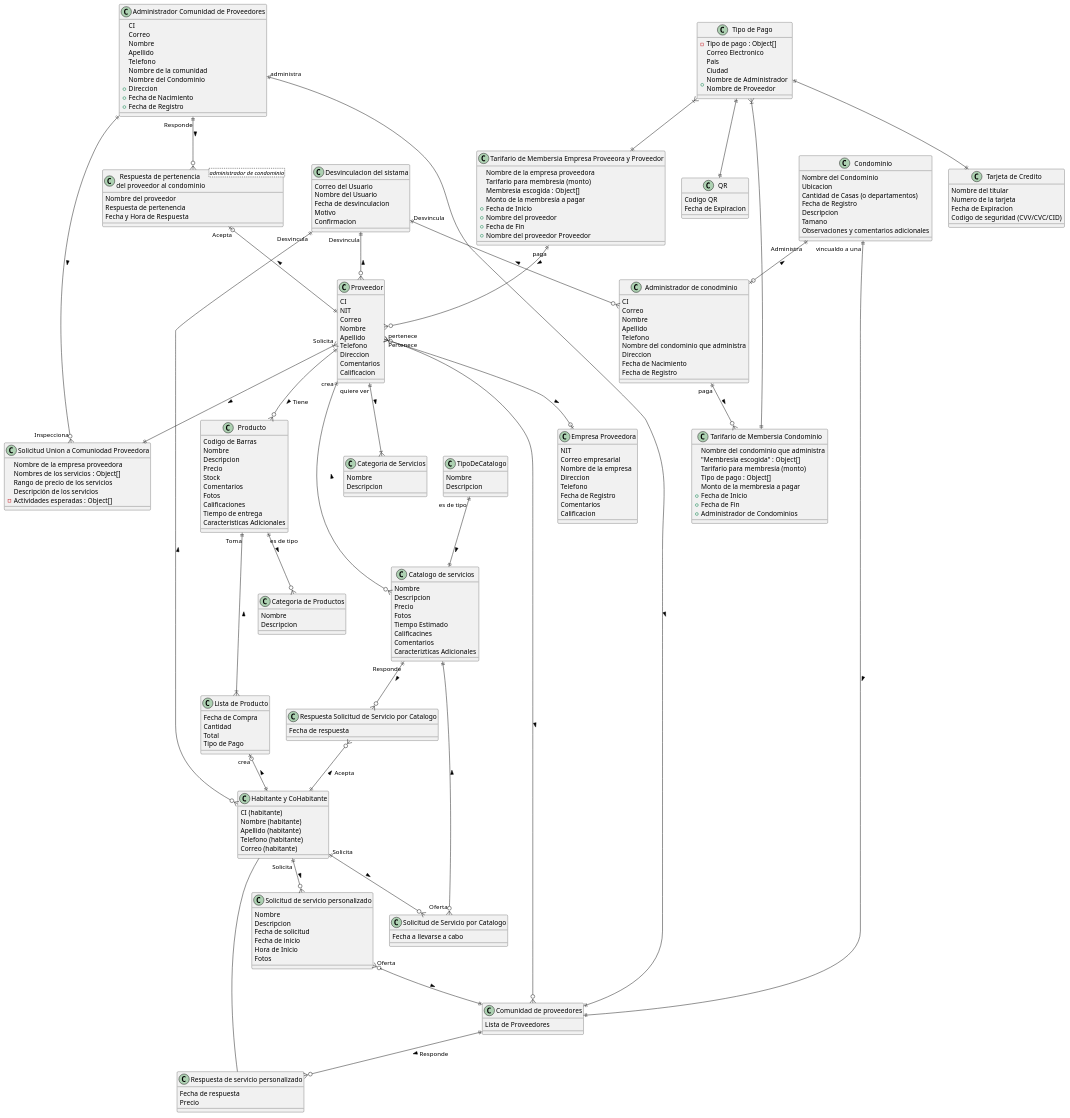
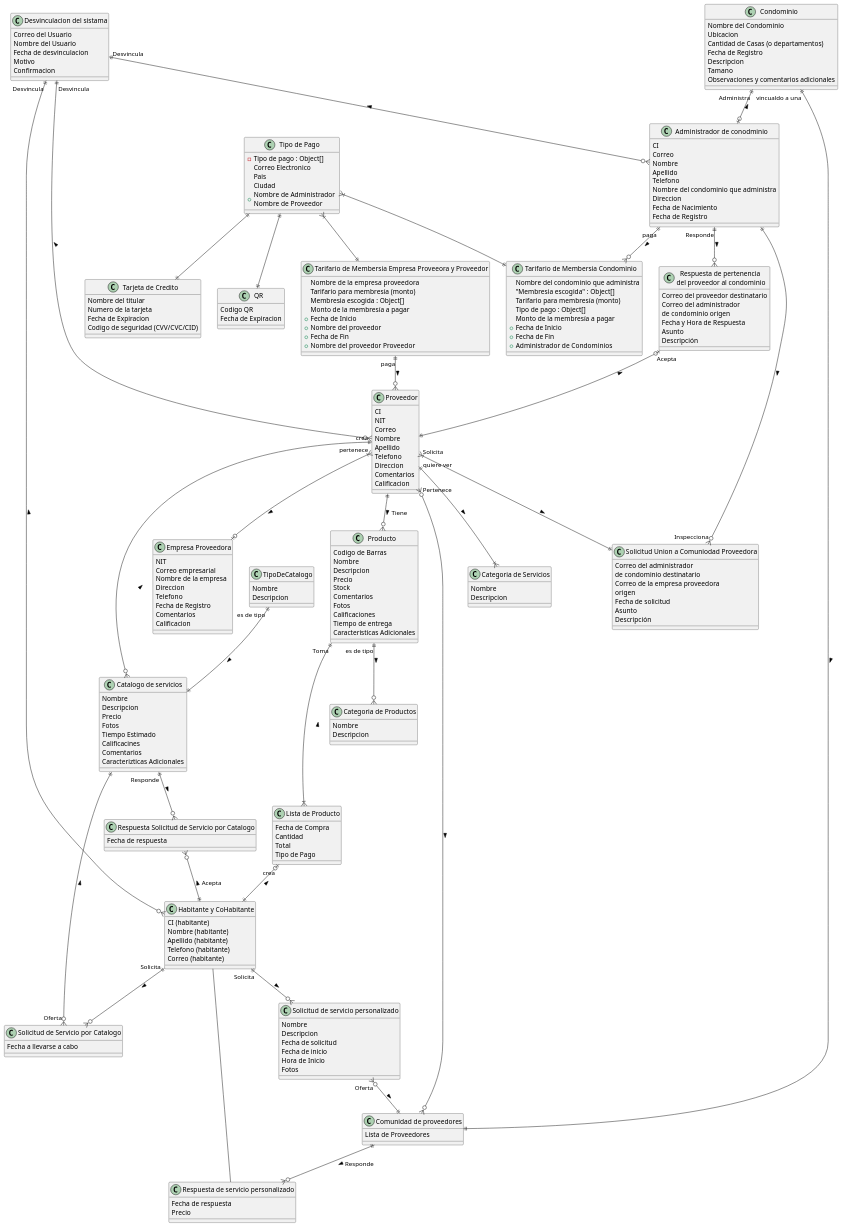
One commit to UPSA-Projects/docs-condominio changed the diagram in docs/src/domain-model/domain-model.wsd. Above: the diagram before and after it, drawn with PlantUML.

Commit message:
Flujo de Pertenencia

```diff
--- a/docs/src/domain-model/domain-model.wsd
+++ b/docs/src/domain-model/domain-model.wsd
@@ -1,17 +1,4 @@
 @startuml
-
-class "Administrador Comunidad de Proveedores" {
-  {field} CI
-  {field} Correo
-  {field} Nombre
-  {field} Apellido
-  {field} Telefono
-  {field} Nombre de la comunidad
-  {field} Nombre del Condominio
-  {field} + Direccion
-  {field} + Fecha de Nacimiento
-  {field} + Fecha de Registro
-}
 
 ' 9
 class "Administrador de conodminio" {
@@ -106,18 +93,20 @@
 
 ' 11
 class "Solicitud Union a Comuniodad Proveedora" {
-  {field} Nombre de la empresa proveedora
-  {field} Nombres de los servicios : Object[]
-  {field} Rango de precio de los servicios
-  {field} Descripción de los servicios
-  {field} - Actividades esperadas : Object[]
+  {field} Correo del administrador \nde condominio destinatario
+  {field} Correo de la empresa proveedora \norigen
+  {field} Fecha de solicitud
+  {field} Asunto
+  {field} Descripción
 }
 
 ' 12
-class "Respuesta de pertenencia \ndel proveedor al condominio"<administrador de condominio> {
-  {field} Nombre del proveedor
-  {field} Respuesta de pertenencia
+class "Respuesta de pertenencia \ndel proveedor al condominio" {
+  {field} Correo del proveedor destinatario
+  {field} Correo del administrador \nde condominio origen
   {field} Fecha y Hora de Respuesta
+  {field} Asunto
+  {field} Descripción
 }
 
 ' 13
@@ -254,11 +243,11 @@
 TipoDeCatalogo ||--|| "Catalogo de servicios" : "es de tipo" >
 
 ' FLUJO DE SOLICITUD DE PERTENENCIA (PROVEEDORES|CONMINIO)
-"Administrador Comunidad de Proveedores" ||--|| "Comunidad de proveedores" : "administra" >
+' "Administrador de conodminio"
 Proveedor }|--o| "Empresa Proveedora" : "pertenece" > 
 Proveedor }|--|| "Solicitud Union a Comuniodad Proveedora" : "Solicita" >
-"Solicitud Union a Comuniodad Proveedora" }o--|| "Administrador Comunidad de Proveedores" : "Inspecciona" <
-"Administrador Comunidad de Proveedores" ||--o{ "Respuesta de pertenencia \ndel proveedor al condominio" : "Responde" >
+"Solicitud Union a Comuniodad Proveedora" }o--|| "Administrador de conodminio" : "Inspecciona" <
+"Administrador de conodminio" ||--o{ "Respuesta de pertenencia \ndel proveedor al condominio" : "Responde" >
 "Respuesta de pertenencia \ndel proveedor al condominio" |o--|| "Proveedor" : "Acepta" <
 Proveedor }o--o{ "Comunidad de proveedores" : "Pertenece" >
 
```
